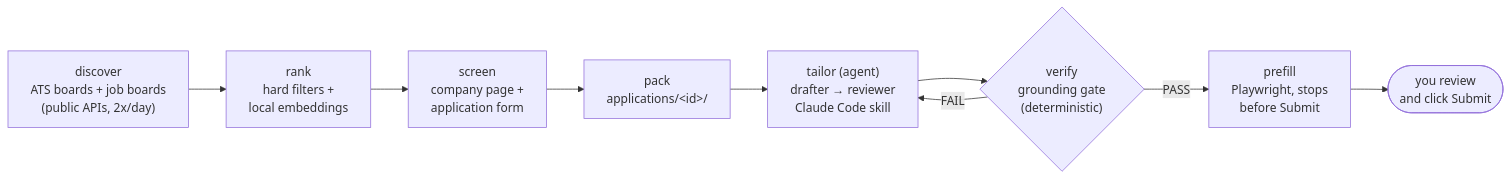
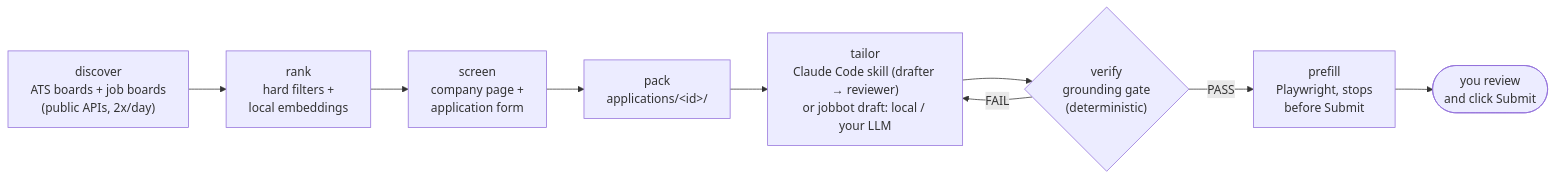
One commit to alanferrari95/jobbot changed the diagram in README.md. Above: the diagram before and after it, drawn with Mermaid. The commit also changed other lines of this file and 8 other files, not shown here.

First line of the commit message:
Add jobbot draft: tailoring without an agent session, with a backend you choose

````diff
--- a/README.md
+++ b/README.md
@@ -16,11 +16,11 @@
 ```mermaid
 flowchart LR
     A["discover<br/>ATS boards + job boards<br/>(public APIs, 2x/day)"] --> B["rank<br/>hard filters +<br/>local embeddings"]
     B --> S["screen<br/>company page +<br/>application form"]
     S --> C["pack<br/>applications/&lt;id&gt;/"]
-    C --> D["tailor (agent)<br/>drafter → reviewer<br/>Claude Code skill"]
+    C --> D["tailor<br/>Claude Code skill (drafter → reviewer)<br/>or jobbot draft: local / your LLM"]
     D --> E{"verify<br/>grounding gate<br/>(deterministic)"}
     E -- FAIL --> D
     E -- PASS --> F["prefill<br/>Playwright, stops<br/>before Submit"]
     F --> G(["you review<br/>and click Submit"])
 ```
````
